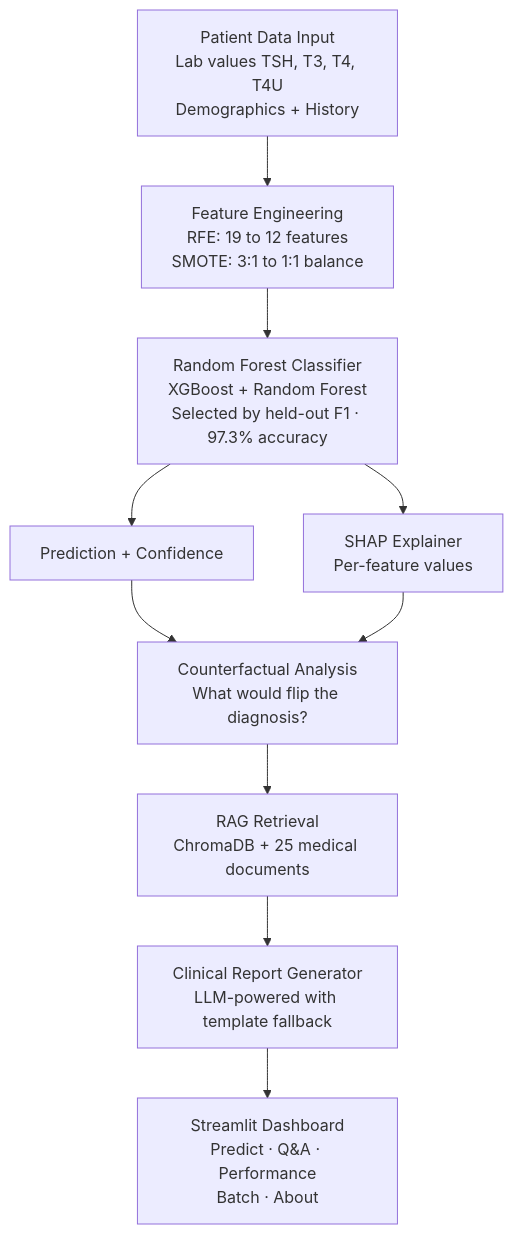
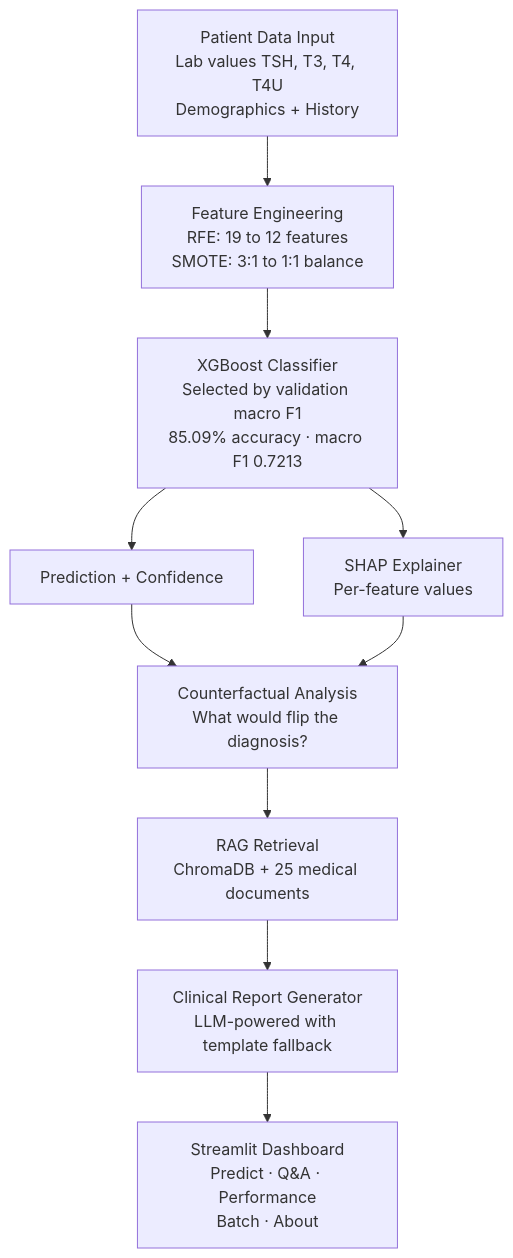
One commit to prasad0411/thyroid-disease-classification changed the diagram in README.md. Above: the diagram before and after it, drawn with Mermaid. The commit also changed other lines of this file and 1 other file, not shown here.

````diff
--- a/README.md
+++ b/README.md
@@ -14,24 +16,24 @@
 ```mermaid
 flowchart TD
     A["Patient Data Input
 Lab values TSH, T3, T4, T4U
 Demographics + History"] --> B["Feature Engineering
 RFE: 19 to 12 features
 SMOTE: 3:1 to 1:1 balance"]
-    B --> C["Random Forest Classifier
-XGBoost + Random Forest
-Selected by held-out F1 · 97.3% accuracy"]
+    B --> C["XGBoost Classifier
+Selected by validation macro F1
+85.09% accuracy · macro F1 0.7213"]
     C --> D["Prediction + Confidence"]
     C --> E["SHAP Explainer
 Per-feature values"]
     D --> F["Counterfactual Analysis
 What would flip the diagnosis?"]
     E --> F
     F --> G["RAG Retrieval
 ChromaDB + 25 medical documents"]
     G --> H["Clinical Report Generator
 LLM-powered with template fallback"]
     H --> I["Streamlit Dashboard
 Predict · Q&A · Performance
 Batch · About"]
 ```
````
